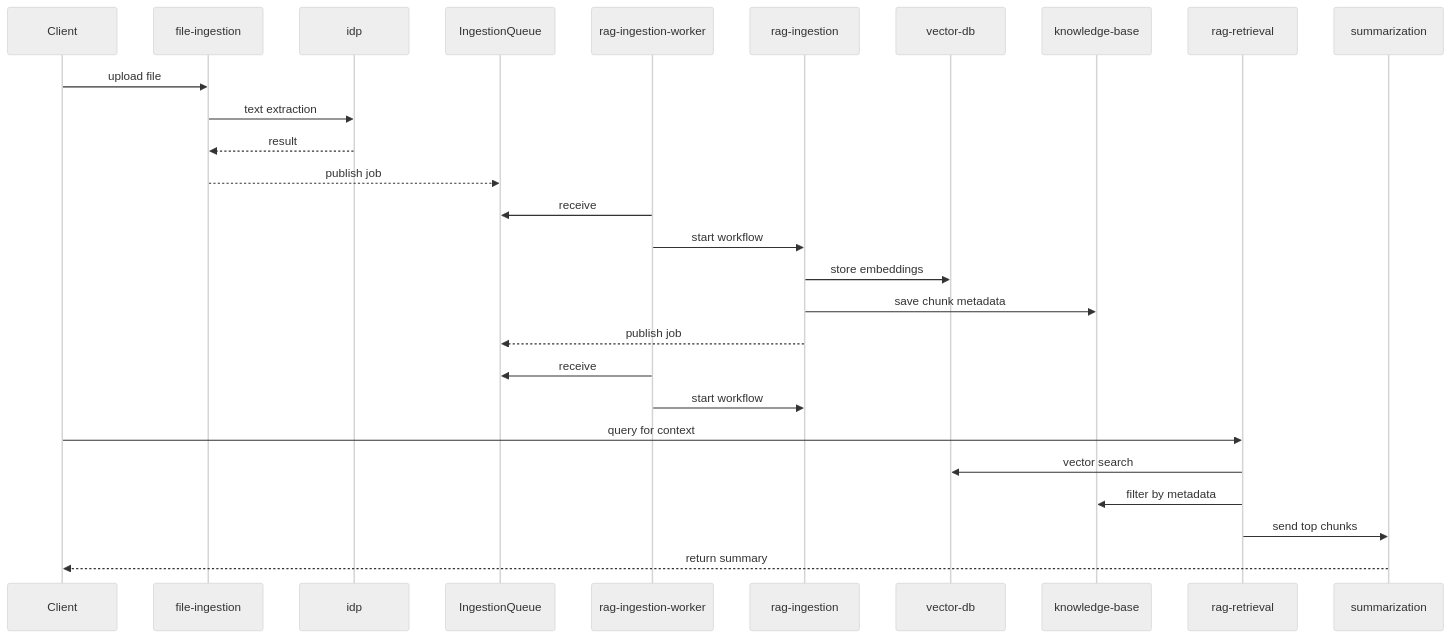
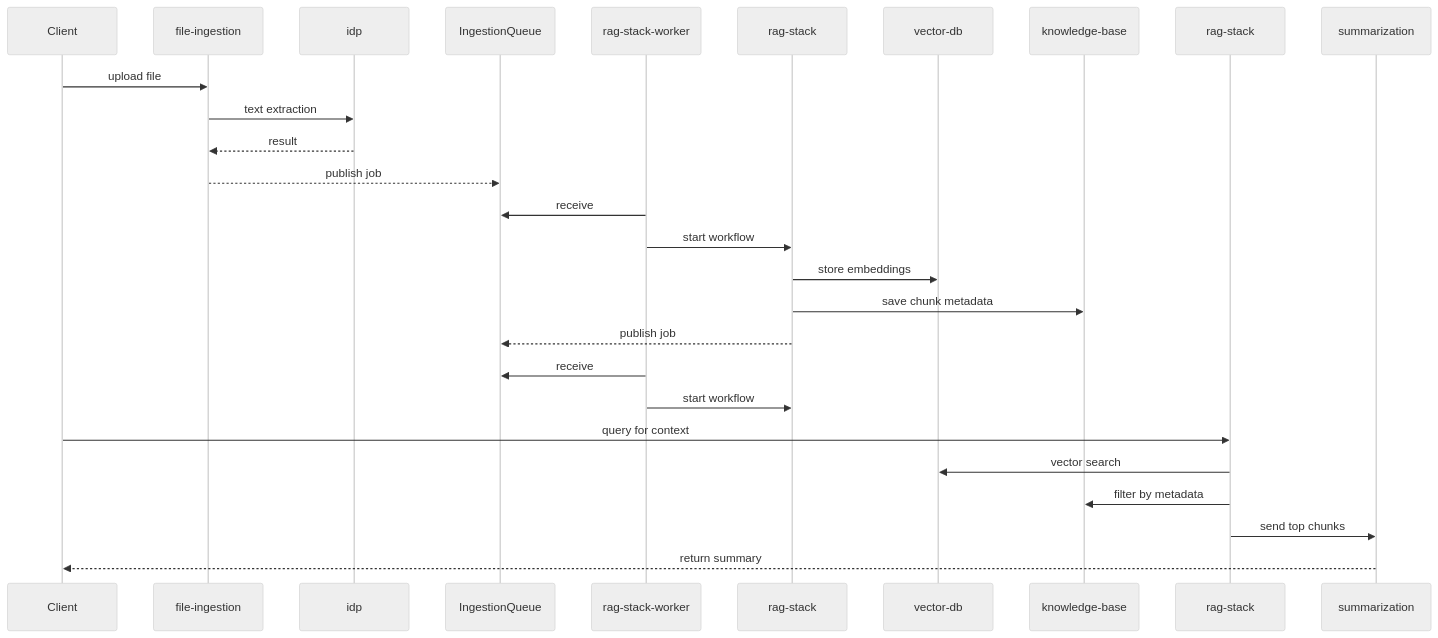
Before and after one commit to ksinha49/ai-workloads: the diagram in docs/rag_architecture.md, drawn with Mermaid (neutral theme). The commit also changed other lines of this file and 2 other files, not shown here.

Commit message:
docs: update rag references

````diff
--- a/docs/rag_architecture.md
+++ b/docs/rag_architecture.md
@@ -20,32 +19,32 @@
 ```mermaid
 sequenceDiagram
     participant Client
     participant FileIng as file-ingestion
     participant IDP as idp
     participant Queue as IngestionQueue
-    participant Worker as rag-ingestion-worker
-    participant Ingestion as rag-ingestion
+    participant Worker as rag-stack-worker
+    participant Ingestion as rag-stack
     participant Queue as IngestionQueue
-    participant Worker as rag-ingestion-worker
+    participant Worker as rag-stack-worker
     participant DB as vector-db
     participant KB as knowledge-base
-    participant Retrieval as rag-retrieval
+    participant Retrieval as rag-stack
     participant Sum as summarization
 
     Client->>FileIng: upload file
     FileIng->>IDP: text extraction
     IDP-->>FileIng: result
     FileIng-->>Queue: publish job
     Worker->>Queue: receive
     Worker->>Ingestion: start workflow
     Ingestion->>DB: store embeddings
     Ingestion->>KB: save chunk metadata
     Ingestion-->>Queue: publish job
     Worker->>Queue: receive
     Worker->>Ingestion: start workflow
     Client->>Retrieval: query for context
     Retrieval->>DB: vector search
     Retrieval->>KB: filter by metadata
     Retrieval->>Sum: send top chunks
     Sum-->>Client: return summary
 ```
````
